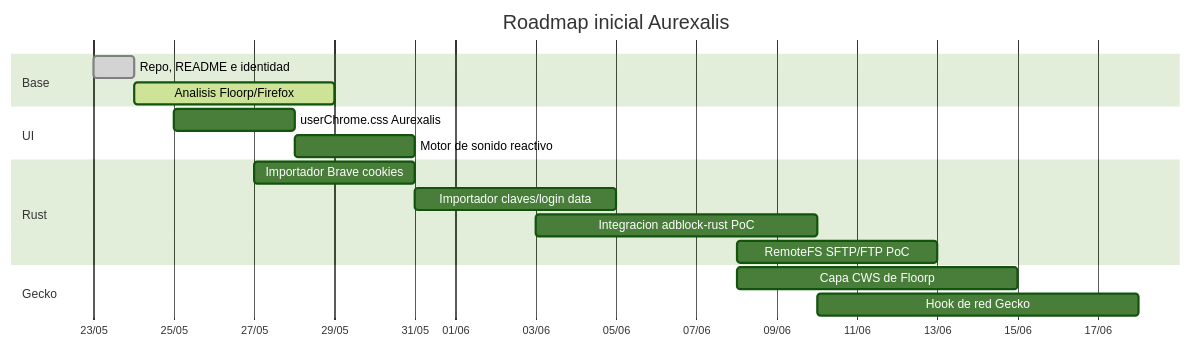
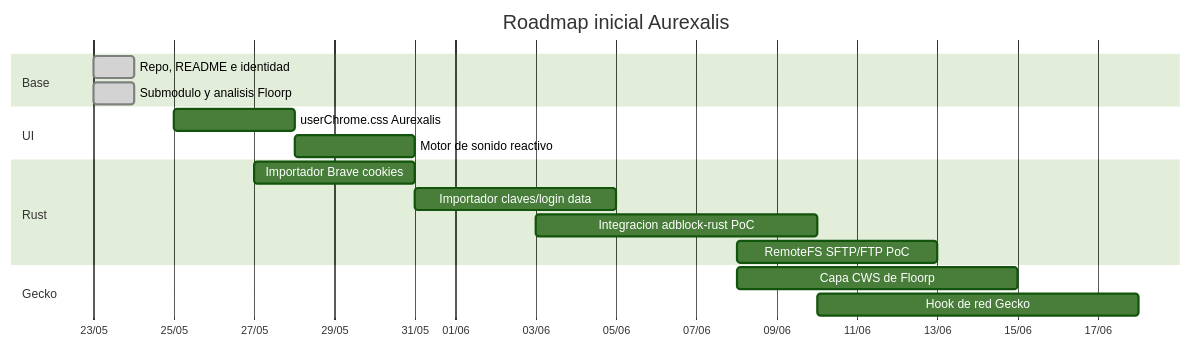
The fourth of 4 diagrams in README.md (JackStar6677-1/Aurexalis), drawn with Mermaid (forest theme) before and after one commit. The commit also changed other lines of this file and 6 other files, not shown here.

````diff
--- a/README.md
+++ b/README.md
@@ -179,24 +192,24 @@
 ```mermaid
 gantt
   title Roadmap inicial Aurexalis
   dateFormat  YYYY-MM-DD
   axisFormat  %d/%m
 
   section Base
   Repo, README e identidad       :done,    r1, 2026-05-23, 1d
-  Analisis Floorp/Firefox        :active,  r2, 2026-05-24, 5d
+  Submodulo y analisis Floorp    :done,    r2, 2026-05-23, 1d
 
   section UI
   userChrome.css Aurexalis       :         u1, 2026-05-25, 3d
   Motor de sonido reactivo       :         u2, after u1, 3d
 
   section Rust
   Importador Brave cookies       :         m1, 2026-05-27, 4d
   Importador claves/login data   :         m2, after m1, 5d
   Integracion adblock-rust PoC   :         b1, 2026-06-03, 7d
   RemoteFS SFTP/FTP PoC          :         f1, 2026-06-08, 5d
 
   section Gecko
   Capa CWS de Floorp             :         e1, 2026-06-08, 7d
   Hook de red Gecko              :         e2, after b1, 8d
 ```
````
